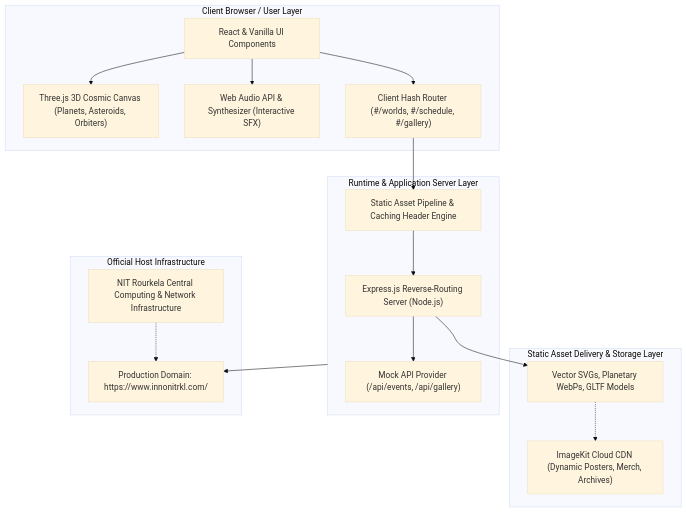
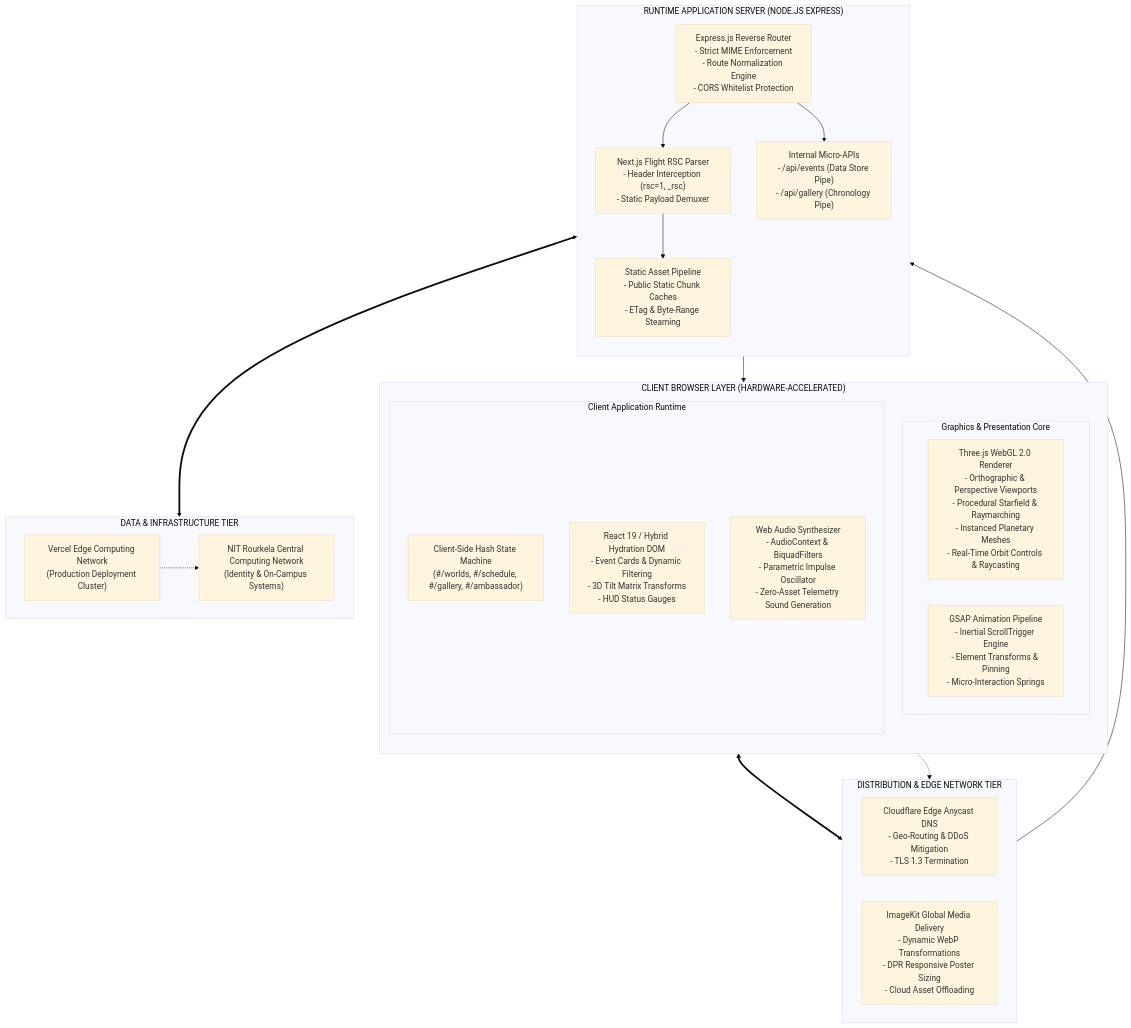
Before and after one commit to Aniket-Das-2006/InnoVision26--NITR: the diagram in README.md, drawn with Mermaid (base theme). The commit also changed other lines of this file and 3 other files, not shown here.

Commit message:
docs: overhaul README with official NITR crest, multi-tier system architecture, and professional tech specs

````diff
--- a/README.md
+++ b/README.md
@@ -38,36 +32,51 @@
 ```mermaid
-flowchart TD
-    subgraph Client["Client Browser / User Layer"]
-        UI["React & Vanilla UI Components"]
-        WebGL["Three.js 3D Cosmic Canvas (Planets, Asteroids, Orbiters)"]
-        Audio["Web Audio API & Synthesizer (Interactive SFX)"]
-        Router["Client Hash Router (#/worlds, #/schedule, #/gallery)"]
+flowchart TB
+    %% CLIENT VIEWPORT TIER
+    subgraph ClientCluster["CLIENT BROWSER LAYER (HARDWARE-ACCELERATED)"]
+        direction TB
+        subgraph ViewportEngine["Graphics & Presentation Core"]
+            ThreeEngine["Three.js WebGL 2.0 Renderer\n- Orthographic & Perspective Viewports\n- Procedural Starfield & Raymarching\n- Instanced Planetary Meshes\n- Real-Time Orbit Controls & Raycasting"]
+            GSAPCore["GSAP Animation Pipeline\n- Inertial ScrollTrigger Engine\n- Element Transforms & Pinning\n- Micro-Interaction Springs"]
+        end
+
+        subgraph ClientRuntime["Client Application Runtime"]
+            SPARouter["Client-Side Hash State Machine\n(#/worlds, #/schedule, #/gallery, #/ambassador)"]
+            ReactUI["React 19 / Hybrid Hydration DOM\n- Event Cards & Dynamic Filtering\n- 3D Tilt Matrix Transforms\n- HUD Status Gauges"]
+            AudioSynth["Web Audio Synthesizer\n- AudioContext & BiquadFilters\n- Parametric Impulse Oscillator\n- Zero-Asset Telemetry Sound Generation"]
+        end
     end
 
-    subgraph CDN["Static Asset Delivery & Storage Layer"]
-        Assets["Vector SVGs, Planetary WebPs, GLTF Models"]
-        ImageKit["ImageKit Cloud CDN (Dynamic Posters, Merch, Archives)"]
+    %% CONTENT DELIVERY & CDN LAYER
+    subgraph DeliveryTier["DISTRIBUTION & EDGE NETWORK TIER"]
+        direction LR
+        EdgeDNS["Cloudflare Edge Anycast DNS\n- Geo-Routing & DDoS Mitigation\n- TLS 1.3 Termination"]
+        ImageKitCDN["ImageKit Global Media Delivery\n- Dynamic WebP Transformations\n- DPR Responsive Poster Sizing\n- Cloud Asset Offloading"]
     end
 
-    subgraph Server["Runtime & Application Server Layer"]
-        Express["Express.js Reverse-Routing Server (Node.js)"]
-        StaticMiddleware["Static Asset Pipeline & Caching Header Engine"]
-        APIEngine["Mock API Provider (/api/events, /api/gallery)"]
+    %% APPLICATION SERVER & REVERSE PROXY LAYER
+    subgraph ServerCluster["RUNTIME APPLICATION SERVER (NODE.JS EXPRESS)"]
+        direction TB
+        ReverseProxy["Express.js Reverse Router\n- Strict MIME Enforcement\n- Route Normalization Engine\n- CORS Whitelist Protection"]
+        RSCInterceptor["Next.js Flight RSC Parser\n- Header Interception (rsc=1, _rsc)\n- Static Payload Demuxer"]
+        APIGateway["Internal Micro-APIs\n- /api/events (Data Store Pipe)\n- /api/gallery (Chronology Pipe)"]
+        StaticFS["Static Asset Pipeline\n- Public Static Chunk Caches\n- ETag & Byte-Range Steaming"]
     end
 
-    subgraph External["Official Host Infrastructure"]
-        Host["Production Domain: https://www.innonitrkl.com/"]
-        NITR["NIT Rourkela Central Computing & Network Infrastructure"]
+    %% INFRASTRUCTURE & BACKEND CLUSTER
+    subgraph EnterpriseBackbone["DATA & INFRASTRUCTURE TIER"]
+        direction LR
+        ProductionCluster["Vercel Edge Computing Network\n(Production Deployment Cluster)"]
+        NITRNetwork["NIT Rourkela Central Computing Network\n(Identity & On-Campus Systems)"]
     end
 
-    UI --> Router
-    UI --> WebGL
-    UI --> Audio
-    Router --> StaticMiddleware
-    StaticMiddleware --> Express
-    Express --> APIEngine
-    Express --> Assets
-    Assets -.-> ImageKit
-    Server --> Host
-    NITR -.-> Host
+    %% CONNECTIONS
+    EdgeDNS --> ReverseProxy
+    ClientCluster <==> EdgeDNS
+    ReverseProxy --> RSCInterceptor
+    RSCInterceptor --> SPARouter
+    RSCInterceptor --> StaticFS
+    ReverseProxy --> APIGateway
+    ViewportEngine -.-> ImageKitCDN
+    ServerCluster <==> ProductionCluster
+    ProductionCluster -.-> NITRNetwork
 ```
````
